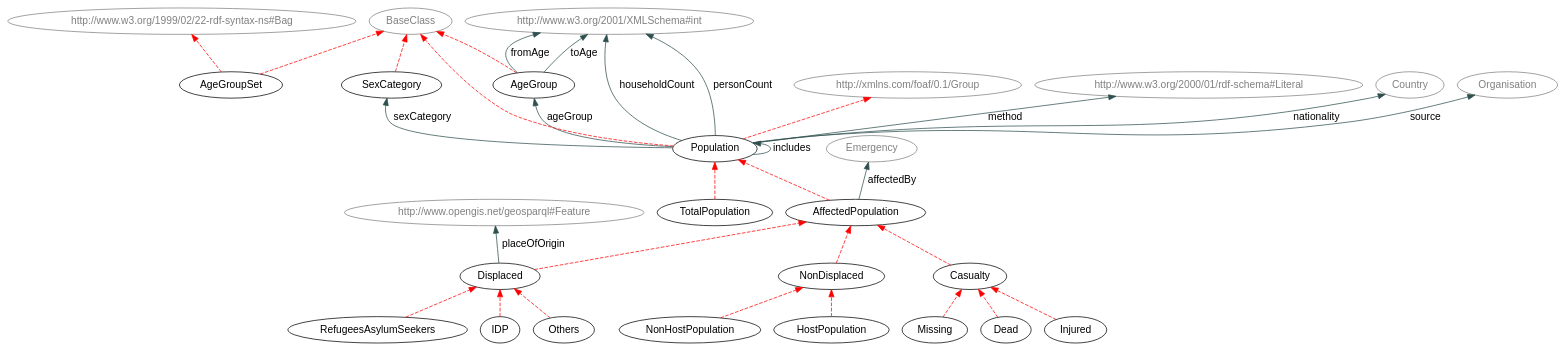
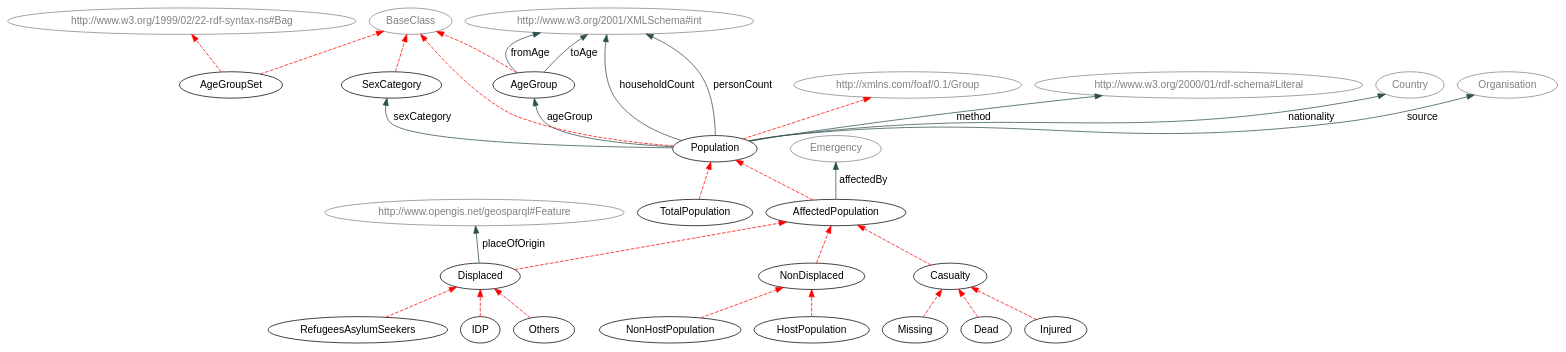
Before and after one commit to hxl-team/HXL-Vocab: the diagram in Tools/humanitarianProfileSection.dot, drawn with Graphviz. The commit also changed 13 other files, not shown here.

```diff
--- a/Tools/humanitarianProfileSection.dot
+++ b/Tools/humanitarianProfileSection.dot
@@ -1,72 +1,71 @@
 digraph { 
  rankdir="BT";	
  charset="utf-8";
  overlap=false;
  edge [color=darkslategray];
  edge [fontname=Helvetica];
  node [fontname=Helvetica];
 
 "AffectedPopulation" [ URL = "./#AffectedPopulation"] ;
 		"AffectedPopulation" -> "Population" [ color=red style="dashed" ]; 
 			"AgeGroup" [ URL = "./#AgeGroup"] ;
 		"BaseClass" [ URL = "./#AgeGroup" color="gray" fontcolor="gray"] ;
 				"AgeGroup" -> "BaseClass" [ color=red style="dashed" ]; 
 			"AgeGroupSet" [ URL = "./#AgeGroupSet"] ;
 		"BaseClass" [ URL = "./#AgeGroupSet" color="gray" fontcolor="gray"] ;
 				"AgeGroupSet" -> "BaseClass" [ color=red style="dashed" ]; 
 			"http://www.w3.org/1999/02/22-rdf-syntax-ns#Bag" [ URL = "./#AgeGroupSet" color="gray" fontcolor="gray"] ;
 				"AgeGroupSet" -> "http://www.w3.org/1999/02/22-rdf-syntax-ns#Bag" [ color=red style="dashed" ]; 
 			"Casualty" [ URL = "./#Casualty"] ;
 		"Casualty" -> "AffectedPopulation" [ color=red style="dashed" ]; 
 			"Dead" [ URL = "./#Dead"] ;
 		"Dead" -> "Casualty" [ color=red style="dashed" ]; 
 			"Displaced" [ URL = "./#Displaced"] ;
 		"Displaced" -> "AffectedPopulation" [ color=red style="dashed" ]; 
 			"HostPopulation" [ URL = "./#HostPopulation"] ;
 		"HostPopulation" -> "NonDisplaced" [ color=red style="dashed" ]; 
 			"IDP" [ URL = "./#IDP"] ;
 		"IDP" -> "Displaced" [ color=red style="dashed" ]; 
 			"Injured" [ URL = "./#Injured"] ;
 		"Injured" -> "Casualty" [ color=red style="dashed" ]; 
 			"Missing" [ URL = "./#Missing"] ;
 		"Missing" -> "Casualty" [ color=red style="dashed" ]; 
 			"NonDisplaced" [ URL = "./#NonDisplaced"] ;
 		"NonDisplaced" -> "AffectedPopulation" [ color=red style="dashed" ]; 
 			"NonHostPopulation" [ URL = "./#NonHostPopulation"] ;
 		"NonHostPopulation" -> "NonDisplaced" [ color=red style="dashed" ]; 
 			"Others" [ URL = "./#Others"] ;
 		"Others" -> "Displaced" [ color=red style="dashed" ]; 
 			"Population" [ URL = "./#Population"] ;
 		"BaseClass" [ URL = "./#Population" color="gray" fontcolor="gray"] ;
 				"Population" -> "BaseClass" [ color=red style="dashed" ]; 
 			"http://xmlns.com/foaf/0.1/Group" [ URL = "./#Population" color="gray" fontcolor="gray"] ;
 				"Population" -> "http://xmlns.com/foaf/0.1/Group" [ color=red style="dashed" ]; 
 			"RefugeesAsylumSeekers" [ URL = "./#RefugeesAsylumSeekers"] ;
 		"RefugeesAsylumSeekers" -> "Displaced" [ color=red style="dashed" ]; 
 			"SexCategory" [ URL = "./#SexCategory"] ;
 		"BaseClass" [ URL = "./#SexCategory" color="gray" fontcolor="gray"] ;
 				"SexCategory" -> "BaseClass" [ color=red style="dashed" ]; 
 			"TotalPopulation" [ URL = "./#TotalPopulation"] ;
 		"TotalPopulation" -> "Population" [ color=red style="dashed" ]; 
 			"Emergency" [ URL = "./#Emergency" color="gray" fontcolor="gray"] ;
 					"AffectedPopulation" -> "Emergency" [ label="affectedBy" URL = "./#affectedBy"]; 
 				"Population" -> "AgeGroup" [ label="ageGroup" URL = "./#ageGroup"]; 
 				"http://www.w3.org/2001/XMLSchema#int" [ URL = "./#http://www.w3.org/2001/XMLSchema#int" color="gray" fontcolor="gray"] ;
 					"AgeGroup" -> "http://www.w3.org/2001/XMLSchema#int" [ label="fromAge" URL = "./#fromAge"]; 
 				"http://www.w3.org/2001/XMLSchema#int" [ URL = "./#http://www.w3.org/2001/XMLSchema#int" color="gray" fontcolor="gray"] ;
 					"Population" -> "http://www.w3.org/2001/XMLSchema#int" [ label="householdCount" URL = "./#householdCount"]; 
-				"Population" -> "Population" [ label="includes" URL = "./#includes"]; 
 				"http://www.w3.org/2000/01/rdf-schema#Literal" [ URL = "./#http://www.w3.org/2000/01/rdf-schema#Literal" color="gray" fontcolor="gray"] ;
 					"Population" -> "http://www.w3.org/2000/01/rdf-schema#Literal" [ label="method" URL = "./#method"]; 
 				"Country" [ URL = "./#Country" color="gray" fontcolor="gray"] ;
 					"Population" -> "Country" [ label="nationality" URL = "./#nationality"]; 
 				"http://www.w3.org/2001/XMLSchema#int" [ URL = "./#http://www.w3.org/2001/XMLSchema#int" color="gray" fontcolor="gray"] ;
 					"Population" -> "http://www.w3.org/2001/XMLSchema#int" [ label="personCount" URL = "./#personCount"]; 
 				"http://www.opengis.net/geosparql#Feature" [ URL = "./#http://www.opengis.net/geosparql#Feature" color="gray" fontcolor="gray"] ;
 					"Displaced" -> "http://www.opengis.net/geosparql#Feature" [ label="placeOfOrigin" URL = "./#placeOfOrigin"]; 
 				"Population" -> "SexCategory" [ label="sexCategory" URL = "./#sexCategory"]; 
 				"Organisation" [ URL = "./#Organisation" color="gray" fontcolor="gray"] ;
 					"Population" -> "Organisation" [ label="source" URL = "./#source"]; 
 				"http://www.w3.org/2001/XMLSchema#int" [ URL = "./#http://www.w3.org/2001/XMLSchema#int" color="gray" fontcolor="gray"] ;
 					"AgeGroup" -> "http://www.w3.org/2001/XMLSchema#int" [ label="toAge" URL = "./#toAge"]; 
 				}
```
